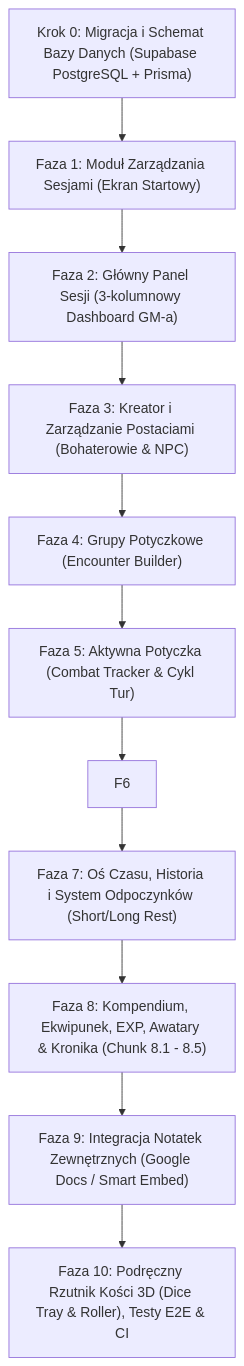
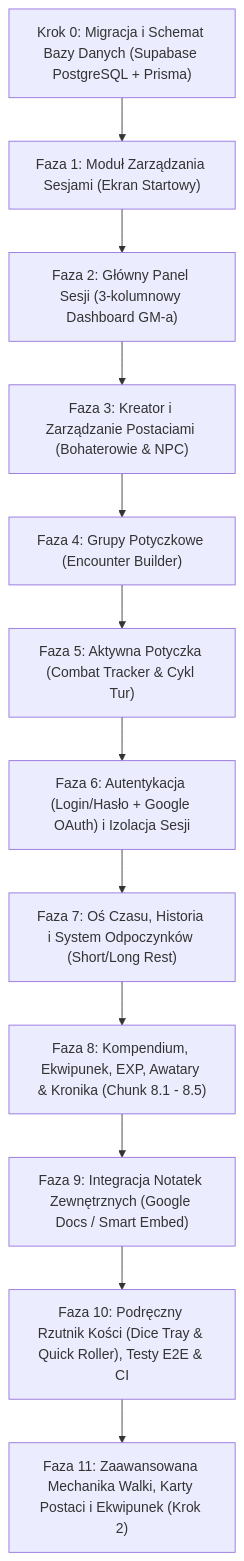
One commit to LukaszKosobucki/table-ops changed the diagram in PLAN.md. Above: the diagram before and after it, drawn with Mermaid. The commit also changed other lines of this file and 16 other files, not shown here.

````diff
--- a/PLAN.md
+++ b/PLAN.md
@@ -30,24 +30,27 @@
 ```mermaid
 flowchart TD
     K0["Krok 0: Migracja i Schemat Bazy Danych (Supabase PostgreSQL + Prisma)"]
     F1["Faza 1: Moduł Zarządzania Sesjami (Ekran Startowy)"]
     F2["Faza 2: Główny Panel Sesji (3-kolumnowy Dashboard GM-a)"]
     F3["Faza 3: Kreator i Zarządzanie Postaciami (Bohaterowie & NPC)"]
     F4["Faza 4: Grupy Potyczkowe (Encounter Builder)"]
     F5["Faza 5: Aktywna Potyczka (Combat Tracker & Cykl Tur)"]
+    F6["Faza 6: Autentykacja (Login/Hasło + Google OAuth) i Izolacja Sesji"]
     F7["Faza 7: Oś Czasu, Historia i System Odpoczynków (Short/Long Rest)"]
     F8["Faza 8: Kompendium, Ekwipunek, EXP, Awatary & Kronika (Chunk 8.1 - 8.5)"]
     F9["Faza 9: Integracja Notatek Zewnętrznych (Google Docs / Smart Embed)"]
-    F10["Faza 10: Podręczny Rzutnik Kości 3D (Dice Tray & Roller), Testy E2E & CI"]
+    F10["Faza 10: Podręczny Rzutnik Kości (Dice Tray & Quick Roller), Testy E2E & CI"]
+    F11["Faza 11: Zaawansowana Mechanika Walki, Karty Postaci i Ekwipunek (Krok 2)"]
 
     K0 --> F1
     F1 --> F2
     F2 --> F3
     F3 --> F4
     F4 --> F5
     F5 --> F6
     F6 --> F7
     F7 --> F8
     F8 --> F9
     F9 --> F10
+    F10 --> F11
 ```
````
